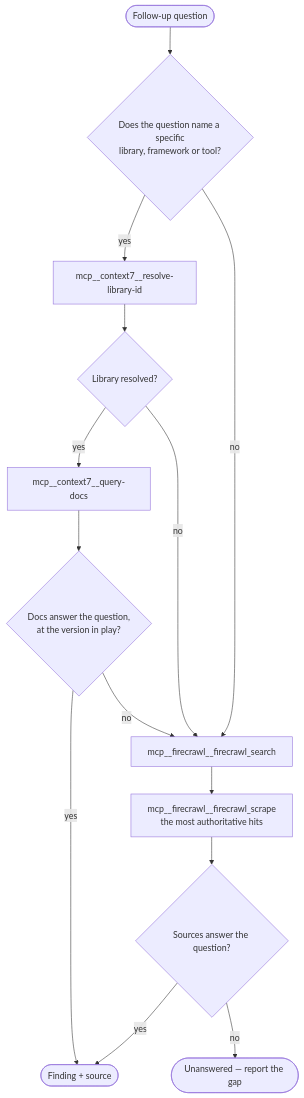
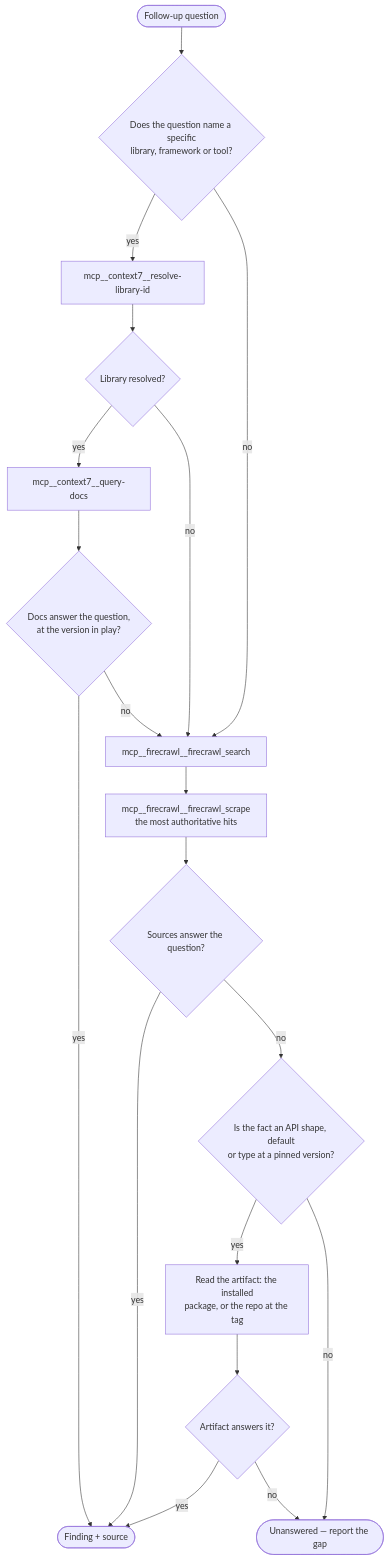
The diagram in plugins/fd3/agents/researcher.md (grixu/cc-toolkit), drawn with Mermaid before and after one commit. The commit also changed other lines of this file, not shown here.

````diff
--- a/plugins/fd3/agents/researcher.md
+++ b/plugins/fd3/agents/researcher.md
@@ -47,19 +52,24 @@
 ```mermaid
 flowchart TD
     Q(["Follow-up question"]) --> D{"Does the question name a specific<br/>library, framework or tool?"}
 
     D -->|yes| R["mcp__context7__resolve-library-id"]
     R --> RD{"Library resolved?"}
     RD -->|yes| QD["mcp__context7__query-docs"]
     QD --> AD{"Docs answer the question,<br/>at the version in play?"}
     AD -->|yes| DONE(["Finding + source"])
 
     D -->|no| S["mcp__firecrawl__firecrawl_search"]
     RD -->|no| S
     AD -->|no| S
 
     S --> SC["mcp__firecrawl__firecrawl_scrape<br/>the most authoritative hits"]
     SC --> AS{"Sources answer the question?"}
     AS -->|yes| DONE
-    AS -->|no| GAP(["Unanswered — report the gap"])
+    AS -->|no| PIN{"Is the fact an API shape, default<br/>or type at a pinned version?"}
+    PIN -->|yes| ART["Read the artifact: the installed<br/>package, or the repo at the tag"]
+    ART --> AA{"Artifact answers it?"}
+    AA -->|yes| DONE
+    AA -->|no| GAP(["Unanswered — report the gap"])
+    PIN -->|no| GAP
 ```
````
